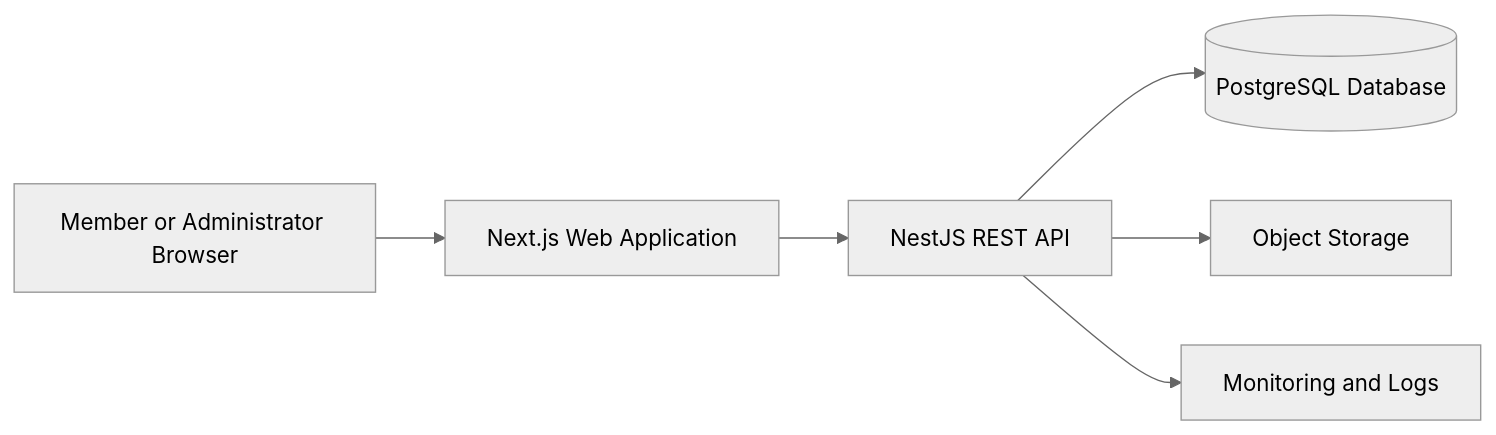
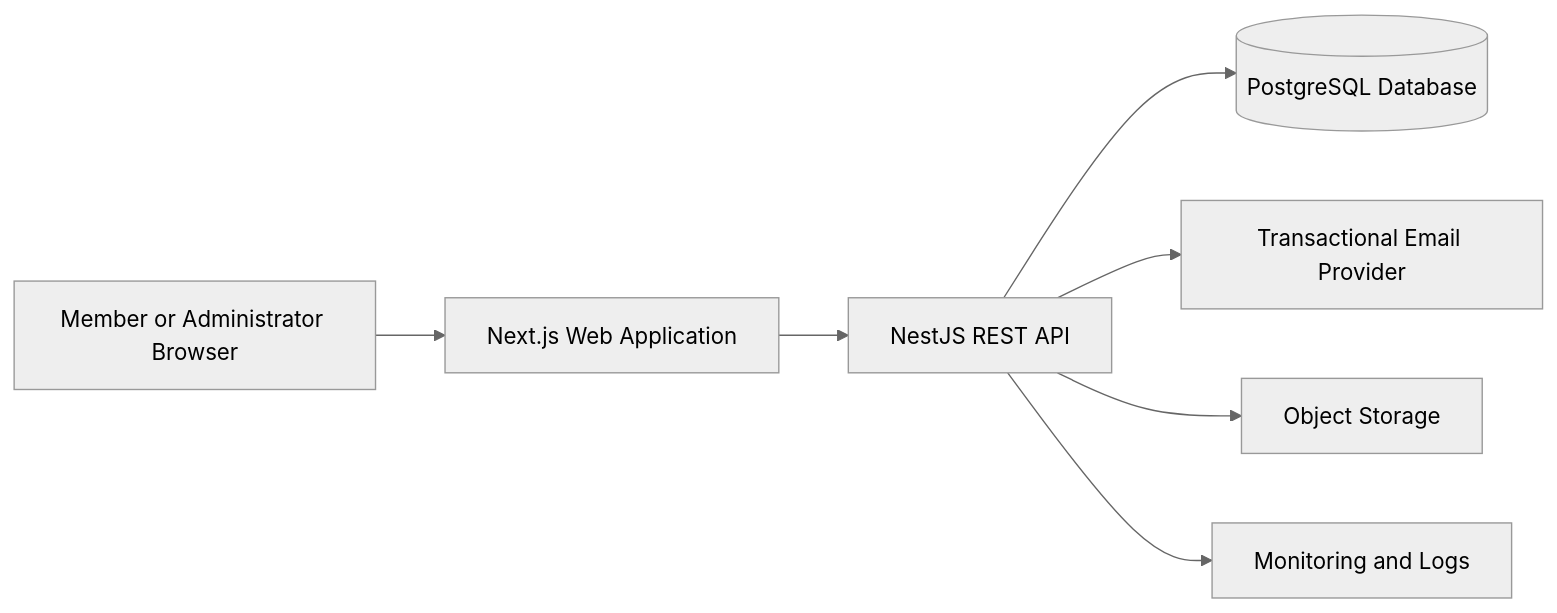
One commit to aklademarco/arrows-management-system changed the first of 5 diagrams in docs/ARCHITECTURE.md. Above: the diagram before and after it, drawn with Mermaid (neutral theme). The commit also changed other lines of this file, not shown here.

Commit message:
feat: implement email verification and account action token management in architecture

````diff
--- a/docs/ARCHITECTURE.md
+++ b/docs/ARCHITECTURE.md
@@ -58,15 +58,17 @@
 ```mermaid
 flowchart LR
     U[Member or Administrator Browser]
     W[Next.js Web Application]
     A[NestJS REST API]
     D[(PostgreSQL Database)]
+    E[Transactional Email Provider]
     S[Object Storage]
     M[Monitoring and Logs]
 
     U --> W
     W --> A
     A --> D
+    A --> E
     A --> S
     A --> M
 ```
````
